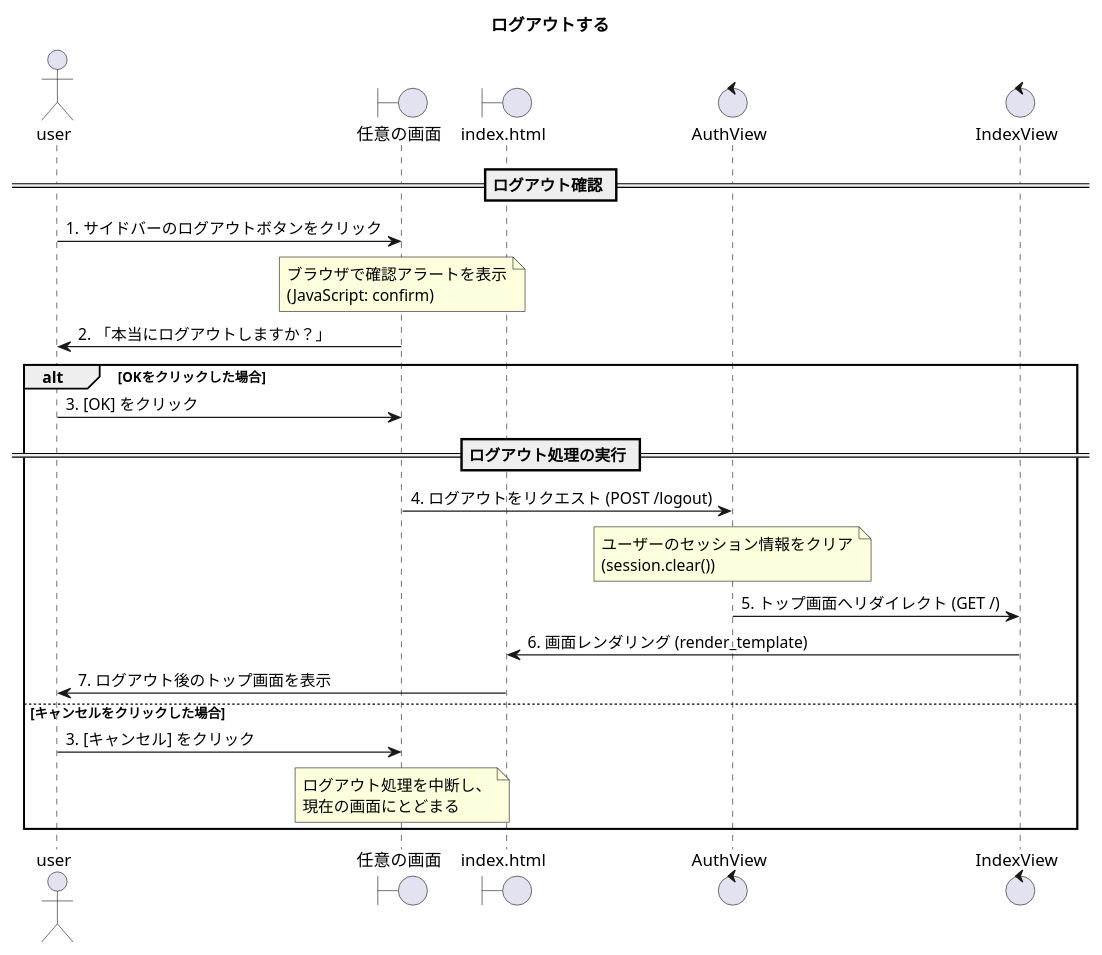
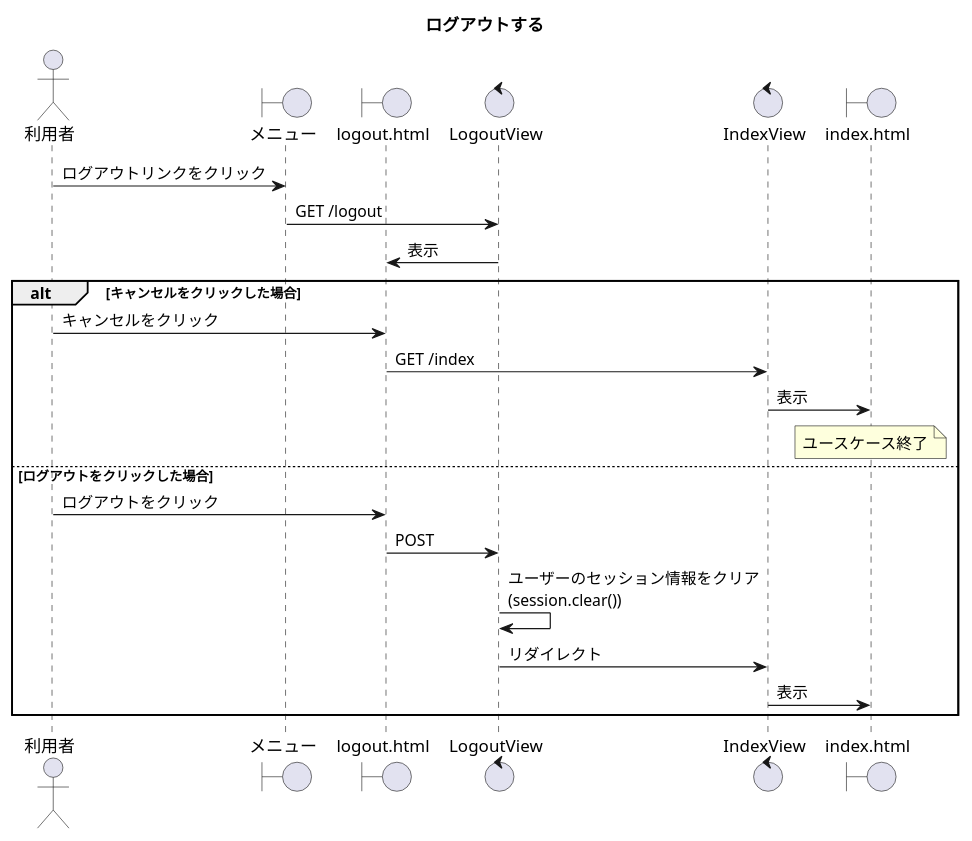
Before and after one commit to Kotarou-Tanoue/tanouesoftware: the second of 16 diagrams in 20_システム設計書/図24_シーケンス.puml, drawn with PlantUML. The commit also changed other lines of this file and 4 other files, not shown here.

```diff
--- a/20_システム設計書/図24_シーケンス.puml
+++ b/20_システム設計書/図24_シーケンス.puml
@@ -41,33 +58,30 @@
 @startuml ログアウトする
     title ログアウトする
 
-    actor "user" as a1
-    boundary "任意の画面" as b1
-    boundary "index.html" as b2
-    control "AuthView" as c1
+    actor "利用者" as a1
+    boundary "メニュー" as b1
+    boundary "logout.html" as b2
+    control "LogoutView" as c1
     control "IndexView" as c2
+    boundary "index.html" as b3
 
-    == ログアウト確認 ==
-    a1 -> b1 : 1. サイドバーのログアウトボタンをクリック
+    a1 -> b1 : ログアウトリンクをクリック
+    b1 -> c1 : GET /logout
+    c1 -> b2 : 表示
 
-    note over b1 : ブラウザで確認アラートを表示\n(JavaScript: confirm)
-    b1 -> a1 : 2. 「本当にログアウトしますか？」
+    alt キャンセルをクリックした場合
+        a1 -> b2 : キャンセルをクリック
+        b2 -> c2 : GET /index
+        c2 -> b3 : 表示
+        note over b3 : ユースケース終了
+    else ログアウトをクリックした場合
+        a1 -> b2 : ログアウトをクリック
+        b2 -> c1 : POST
 
-    alt OKをクリックした場合
-        a1 -> b1 : 3. [OK] をクリック
+        c1 -> c1 : ユーザーのセッション情報をクリア\n(session.clear())
 
-        == ログアウト処理の実行 ==
-        b1 -> c1 : 4. ログアウトをリクエスト (POST /logout)
-
-        note over c1 : ユーザーのセッション情報をクリア\n(session.clear())
-
-        c1 -> c2 : 5. トップ画面へリダイレクト (GET /)
-        c2 -> b2 : 6. 画面レンダリング (render_template)
-        b2 -> a1 : 7. ログアウト後のトップ画面を表示
-
-    else キャンセルをクリックした場合
-        a1 -> b1 : 3. [キャンセル] をクリック
-        note over b1 : ログアウト処理を中断し、\n現在の画面にとどまる
+        c1 -> c2 : リダイレクト
+        c2 -> b3 : 表示
     end
 
 @enduml
```
